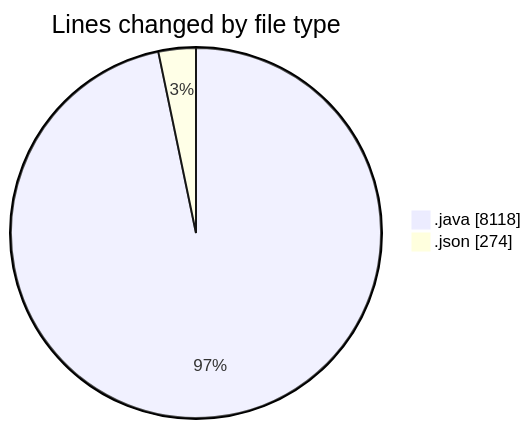
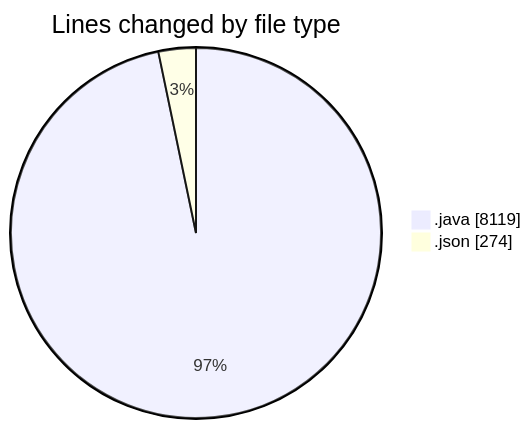
Before and after one commit to ricardozamudiocil/code-tracking: the first of 2 diagrams in 2026-09-03/cilapp/README.md, drawn with Mermaid. The commit also changed other lines of this file and 1 other file, not shown here.

````diff
--- a/2026-09-03/cilapp/README.md
+++ b/2026-09-03/cilapp/README.md
@@ -22,6 +22,6 @@
 ```mermaid
 pie showData
 title Lines changed by file type
-".java" : 8118
+".java" : 8119
 ".json" : 274
 ```
````
